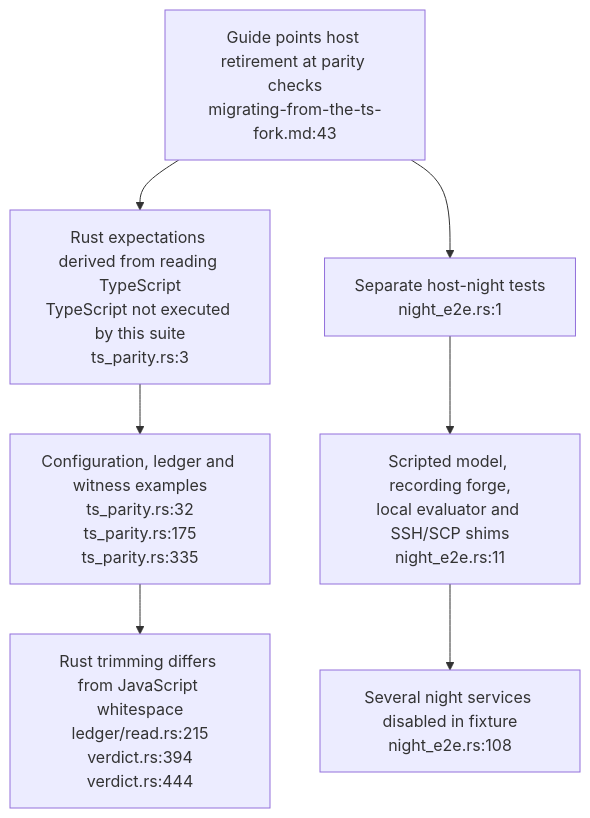
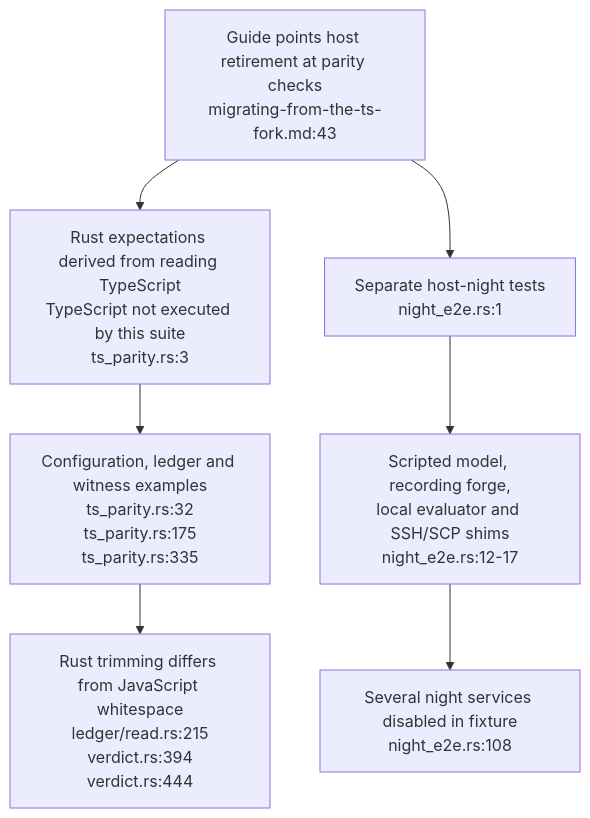
One commit to DreamLab-AI/VisionFlow changed the first of 2 diagrams in docs/diagrams/dream-engine/05-migration-and-package-boundaries.md. Above: the diagram before and after it, drawn with Mermaid. The commit also changed other lines of this file and 48 other files, not shown here.

Commit message:
docs: reconcile estate repairs and first diagram refresh batch

````diff
--- a/docs/diagrams/dream-engine/05-migration-and-package-boundaries.md
+++ b/docs/diagrams/dream-engine/05-migration-and-package-boundaries.md
@@ -35,9 +35,9 @@
 ```mermaid
 flowchart TB
     GUIDE["Guide points host retirement at parity checks<br/>migrating-from-the-ts-fork.md:43"] --> FIXTURE["Rust expectations derived from reading TypeScript<br/>TypeScript not executed by this suite<br/>ts_parity.rs:3"]
     FIXTURE --> INPUTS["Configuration, ledger and witness examples<br/>ts_parity.rs:32<br/>ts_parity.rs:175<br/>ts_parity.rs:335"]
     GUIDE --> HOST["Separate host-night tests<br/>night_e2e.rs:1"]
-    HOST --> DOUBLES["Scripted model, recording forge,<br/>local evaluator and SSH/SCP shims<br/>night_e2e.rs:11"]
+    HOST --> DOUBLES["Scripted model, recording forge,<br/>local evaluator and SSH/SCP shims<br/>night_e2e.rs:12-17"]
     DOUBLES --> OFF["Several night services disabled in fixture<br/>night_e2e.rs:108"]
     INPUTS --> TRIM["Rust trimming differs from JavaScript whitespace<br/>ledger/read.rs:215<br/>verdict.rs:394<br/>verdict.rs:444"]
 ```
````
